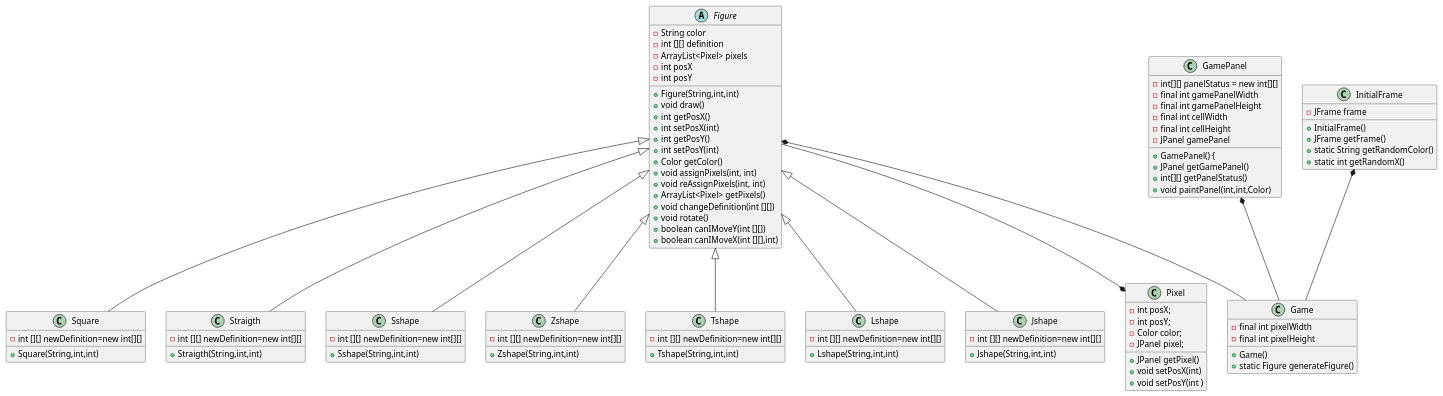
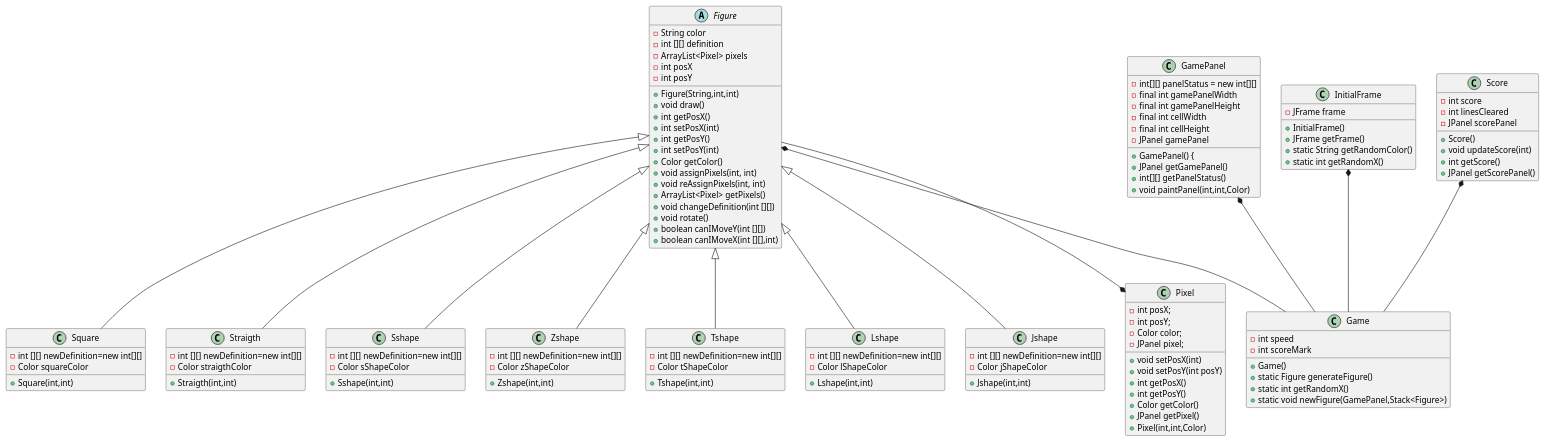
The diagram in Tetris/src/docs/PlantUml.puml (pablarce/Tetris), drawn with PlantUML before and after one commit. The commit also changed 1 other file, not shown here.

```diff
--- a/Tetris/src/docs/PlantUml.puml
+++ b/Tetris/src/docs/PlantUml.puml
@@ -1,116 +1,137 @@
 @startuml
 'https://plantuml.com/class-diagram
 
 abstract class Figure{
 - String color
     - int [][] definition
     - ArrayList<Pixel> pixels
     - int posX
     - int posY
 + Figure(String,int,int)
 + void draw()
 + int getPosX()
 + int setPosX(int)
 + int getPosY()
 + int setPosY(int)
 + Color getColor()
 + void assignPixels(int, int)
  + void reAssignPixels(int, int)
  + ArrayList<Pixel> getPixels()
  + void changeDefinition(int [][])
 + void rotate()
 + boolean canIMoveY(int [][])
 + boolean canIMoveX(int [][],int)
 
 
 
 }
 class Square{
 -int [][] newDefinition=new int[][]
-+ Square(String,int,int)
+- Color squareColor
++ Square(int,int)
 
 }
 class Straigth{
 -int [][] newDefinition=new int[][]
-+ Straigth(String,int,int)
+- Color straigthColor
++ Straigth(int,int)
 }
 class Sshape{
 -int [][] newDefinition=new int[][]
-+ Sshape(String,int,int)
+- Color sShapeColor
++ Sshape(int,int)
 }
 class Zshape{
 -int [][] newDefinition=new int[][]
-+ Zshape(String,int,int)
+- Color zShapeColor
++ Zshape(int,int)
 
 }
 class Tshape{
 -int [][] newDefinition=new int[][]
-+ Tshape(String,int,int)
+- Color tShapeColor
++ Tshape(int,int)
 
 }
 class Lshape{
 -int [][] newDefinition=new int[][]
-+ Lshape(String,int,int)
+- Color lShapeColor
++ Lshape(int,int)
 
 
 }
 class Jshape{
 -int [][] newDefinition=new int[][]
-+ Jshape(String,int,int)
+- Color jShapeColor
++ Jshape(int,int)
 }
 class GamePanel{
 - int[][] panelStatus = new int[][]
     - final int gamePanelWidth
     - final int gamePanelHeight
     - final int cellWidth
     - final int cellHeight
      - JPanel gamePanel
  + GamePanel() {
 + JPanel getGamePanel()
 + int[][] getPanelStatus()
 + void paintPanel(int,int,Color)
 
 
 }
 class Pixel{
 - int posX;
     - int posY;
     - Color color;
     - JPanel pixel;
+    + void setPosX(int)
+    + void setPosY(int posY)
+    + int getPosX()
+    + int getPosY()
+    + Color getColor()
     + JPanel getPixel()
-+ void setPosX(int)
-      + void setPosY(int )
+    + Pixel(int,int,Color)
+
+
 }
 class InitialFrame{
  - JFrame frame
  + InitialFrame()
   + JFrame getFrame()
 + static String getRandomColor()
  + static int getRandomX()
 }
 class Game{
-- final int pixelWidth
-    - final int pixelHeight
+    - int speed
+    - int scoreMark
     + Game()
 + static Figure generateFigure()
-
-
++ static int getRandomX()
++ static void newFigure(GamePanel,Stack<Figure>)
 }
-
+class Score{
+    - int score
+    - int linesCleared
+    - JPanel scorePanel
+    + Score()
+    + void updateScore(int)
+    + int getScore()
+    + JPanel getScorePanel()
+}
 Figure <|-- Straigth
 Figure <|-- Square
 Figure <|-- Sshape
 Figure <|-- Zshape
 Figure <|-- Tshape
 Figure <|-- Lshape
 Figure <|-- Jshape
 
 Figure --* Pixel
 
 GamePanel *-- Game
 InitialFrame *-- Game
 Figure *-- Game
-
+Score *-- Game
 
 
 @enduml
```
